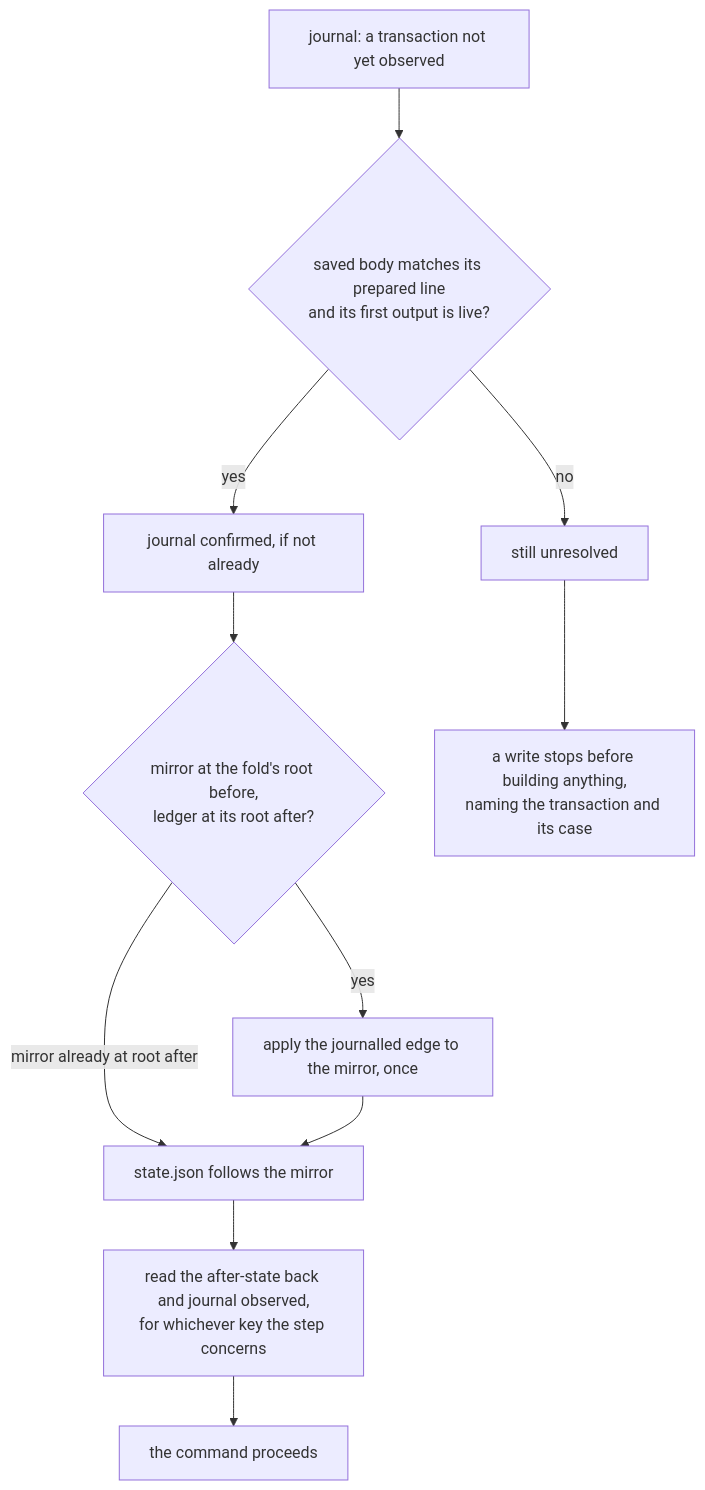
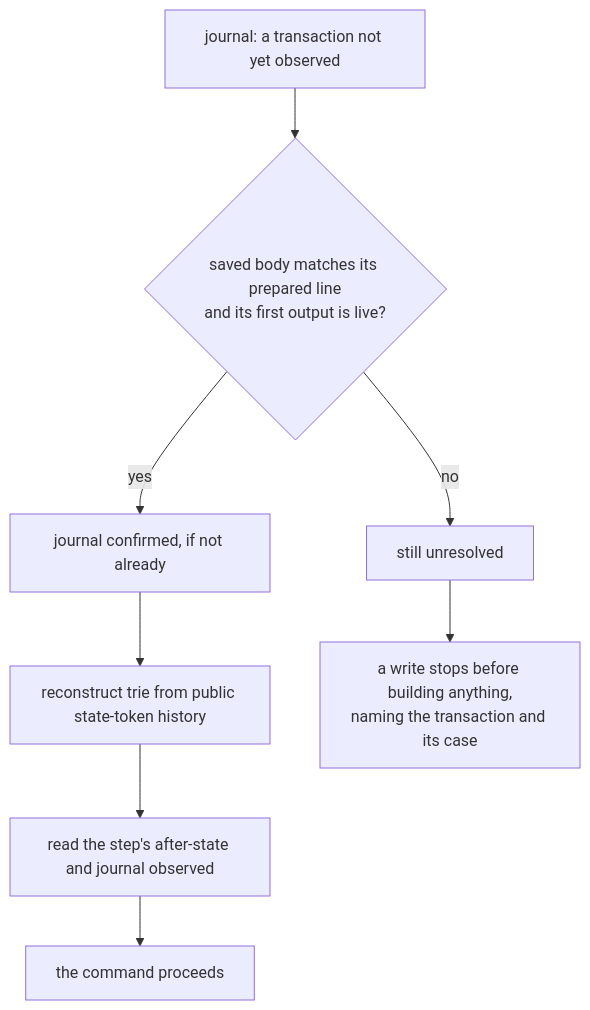
One commit to lambdasistemi/singular changed the first of 2 diagrams in docs/cli-recovery.md. Above: the diagram before and after it, drawn with Mermaid. The commit also changed other lines of this file and 39 other files, not shown here.

Commit message:
docs(registry): replace saved-mirror onboarding with public replay

````diff
--- a/docs/cli-recovery.md
+++ b/docs/cli-recovery.md
@@ -63,13 +61,10 @@
 ```mermaid
 flowchart TD
     J[journal: a transaction not yet observed] --> B{saved body matches its prepared line<br/>and its first output is live?}
     B -- no --> U[still unresolved]
     B -- yes --> C[journal confirmed, if not already]
-    C --> M{mirror at the fold's root before,<br/>ledger at its root after?}
-    M -- yes --> A[apply the journalled edge to the mirror, once]
-    M -- mirror already at root after --> S
-    A --> S[state.json follows the mirror]
-    S --> O[read the after-state back and journal observed,<br/>for whichever key the step concerns]
+    C --> T[reconstruct trie from public state-token history]
+    T --> O[read the step's after-state and journal observed]
     O --> P[the command proceeds]
     U --> R[a write stops before building anything,<br/>naming the transaction and its case]
 ```
````
